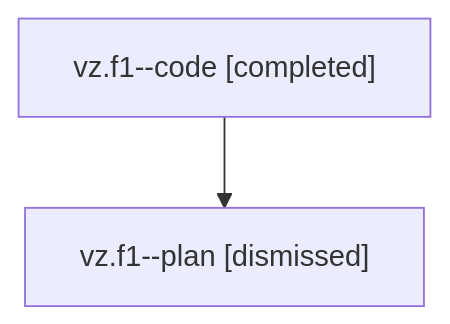
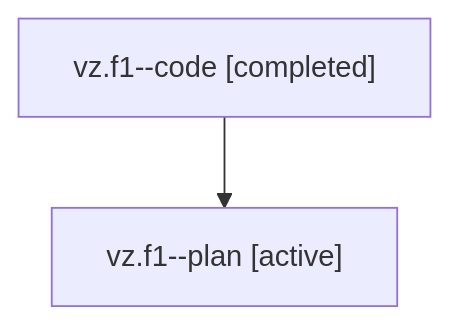
The diagram in families/bbugyi200.athena.vz.f1.md (bobs-org/bob-cli--agents), drawn with Mermaid before and after one commit. The commit also changed other lines of this file and 1279 other files, not shown here.

````diff
--- a/families/bbugyi200.athena.vz.f1.md
+++ b/families/bbugyi200.athena.vz.f1.md
@@ -9,6 +9,6 @@
 ```mermaid
 flowchart TD
   n0["vz.f1--code [completed]"]
-  n1["vz.f1--plan [dismissed]"]
+  n1["vz.f1--plan [active]"]
   n0 --> n1
 ```
````
